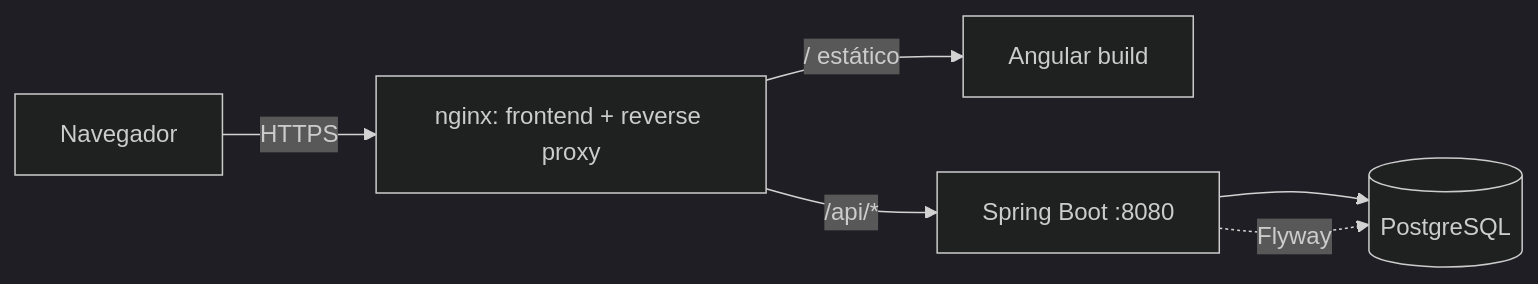
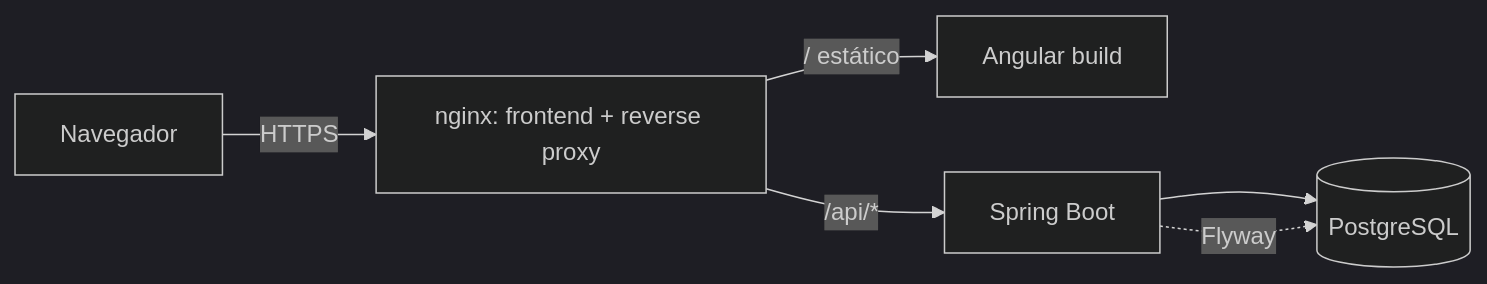
Before and after one commit to jovermprs-dev/JobTrack: the first of 2 diagrams in docs/architecture.md, drawn with Mermaid (dark theme). The commit also changed other lines of this file and 14 other files, not shown here.

````diff
--- a/docs/architecture.md
+++ b/docs/architecture.md
@@ -18,8 +18,8 @@
 ```mermaid
 flowchart LR
   B[Navegador] -->|HTTPS| N[nginx: frontend + reverse proxy]
   N -->|/ estático| SPA[Angular build]
-  N -->|/api/*| API[Spring Boot :8080]
+  N -->|/api/*| API[Spring Boot]
   API --> DB[(PostgreSQL)]
   API -. Flyway .-> DB
 ```
````
